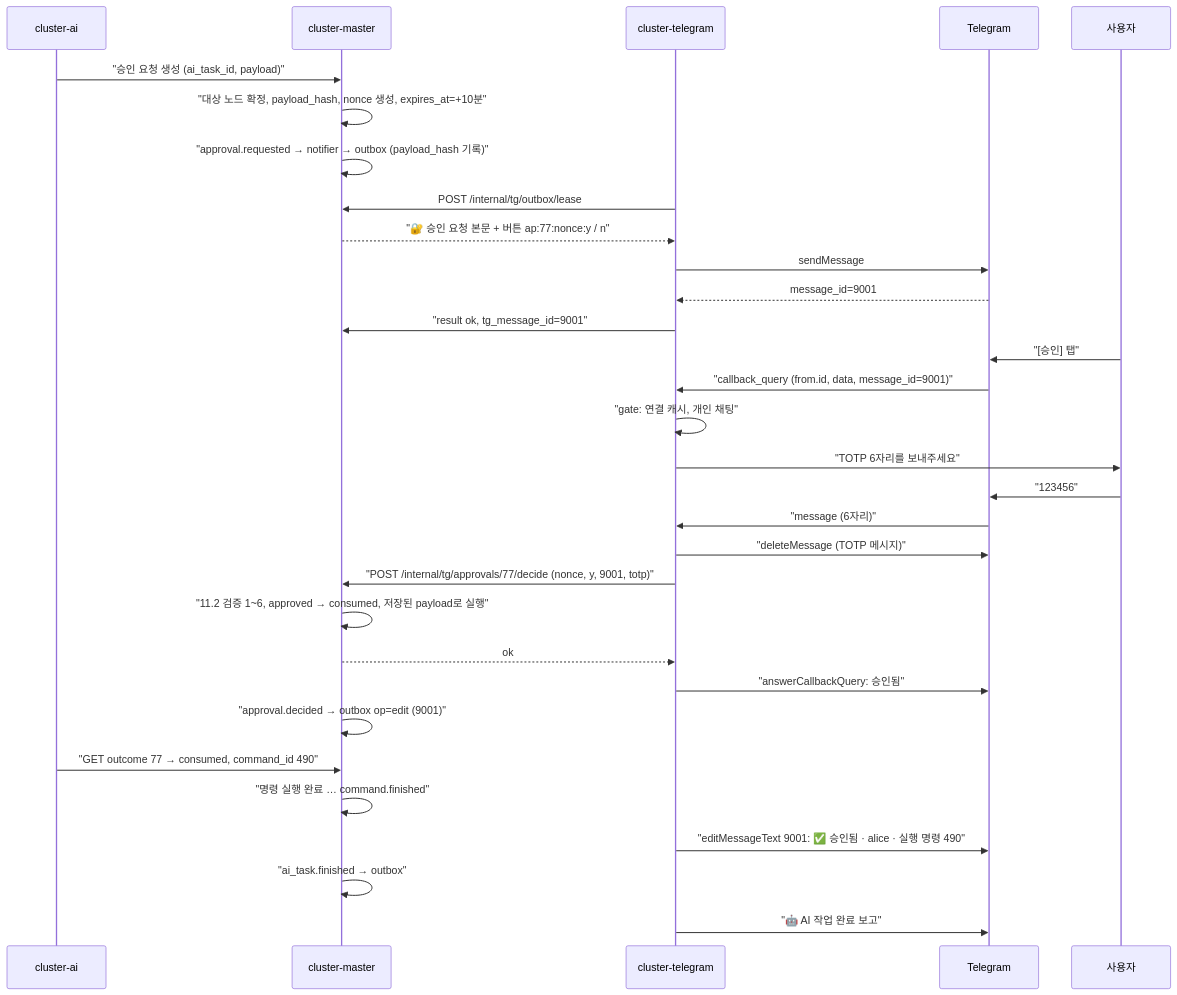
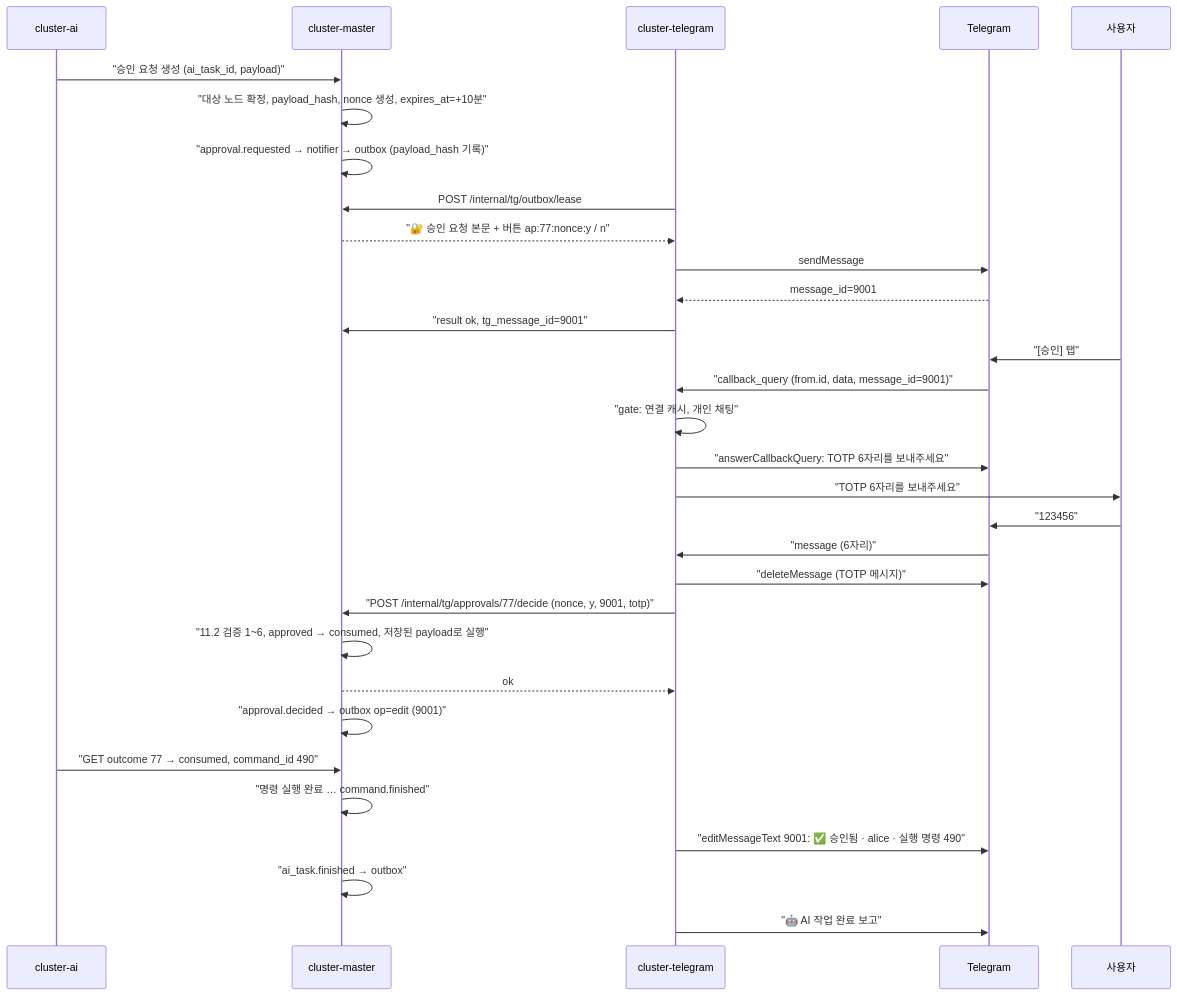
Before and after one commit to Yuchan-00/Cluster_Web: the fifth of 6 diagrams in docs/design/telegram.md, drawn with Mermaid. The commit also changed other lines of this file and 5 other files, not shown here.

````diff
--- a/docs/design/telegram.md
+++ b/docs/design/telegram.md
@@ -616,33 +619,33 @@
 ```mermaid
 sequenceDiagram
   participant AI as cluster-ai
   participant M as cluster-master
   participant T as cluster-telegram
   participant B as Telegram
   participant U as 사용자
   AI->>M: "승인 요청 생성 (ai_task_id, payload)"
   M->>M: "대상 노드 확정, payload_hash, nonce 생성, expires_at=+10분"
   M->>M: "approval.requested → notifier → outbox (payload_hash 기록)"
   T->>M: POST /internal/tg/outbox/lease
   M-->>T: "🔐 승인 요청 본문 + 버튼 ap:77:nonce:y / n"
   T->>B: sendMessage
   B-->>T: message_id=9001
   T->>M: "result ok, tg_message_id=9001"
   U->>B: "[승인] 탭"
   B->>T: "callback_query (from.id, data, message_id=9001)"
   T->>T: "gate: 연결 캐시, 개인 채팅"
+  T->>B: "answerCallbackQuery: TOTP 6자리를 보내주세요"
   T->>U: "TOTP 6자리를 보내주세요"
   U->>B: "123456"
   B->>T: "message (6자리)"
   T->>B: "deleteMessage (TOTP 메시지)"
   T->>M: "POST /internal/tg/approvals/77/decide (nonce, y, 9001, totp)"
   M->>M: "11.2 검증 1~6, approved → consumed, 저장된 payload로 실행"
   M-->>T: ok
-  T->>B: "answerCallbackQuery: 승인됨"
   M->>M: "approval.decided → outbox op=edit (9001)"
   AI->>M: "GET outcome 77 → consumed, command_id 490"
   M->>M: "명령 실행 완료 … command.finished"
   T->>B: "editMessageText 9001: ✅ 승인됨 · alice · 실행 명령 490"
   M->>M: "ai_task.finished → outbox"
   T->>B: "🤖 AI 작업 완료 보고"
 ```
````
